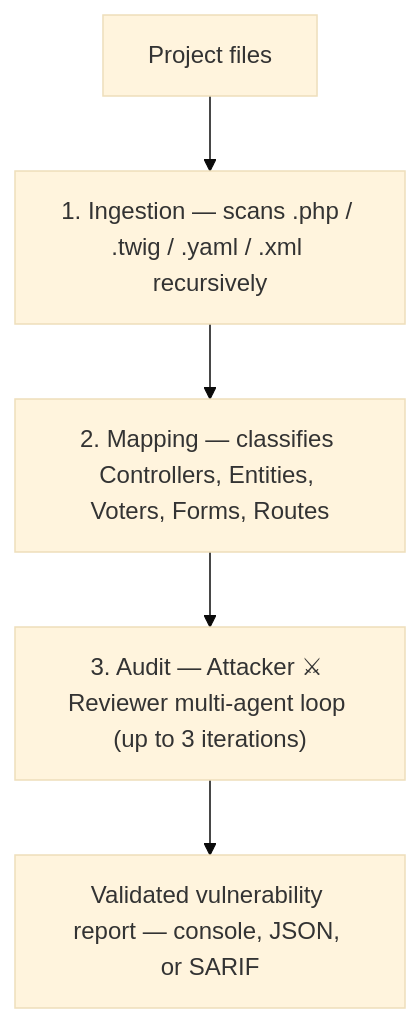
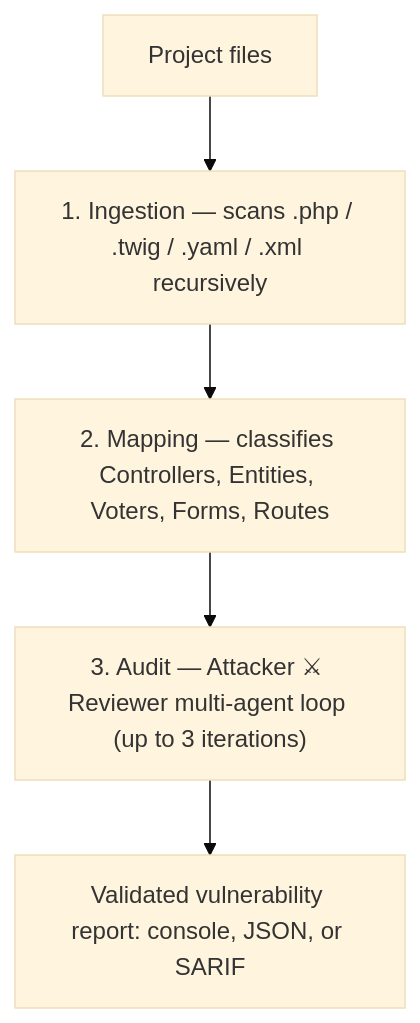
One commit to vinceAmstoutz/symfony-security-auditor changed the diagram in README.md. Above: the diagram before and after it, drawn with Mermaid (base theme). The commit also changed other lines of this file and 26 other files, not shown here.

````diff
--- a/README.md
+++ b/README.md
@@ -34,7 +45,7 @@
 ```mermaid
 flowchart TD
     A[Project files] --> B["1. Ingestion — scans .php / .twig / .yaml / .xml recursively"]
     B --> C["2. Mapping — classifies Controllers, Entities, Voters, Forms, Routes"]
     C --> D["3. Audit — Attacker ⚔ Reviewer multi-agent loop (up to 3 iterations)"]
-    D --> E[Validated vulnerability report — console, JSON, or SARIF]
+    D --> E[Validated vulnerability report: console, JSON, or SARIF]
 ```
````
